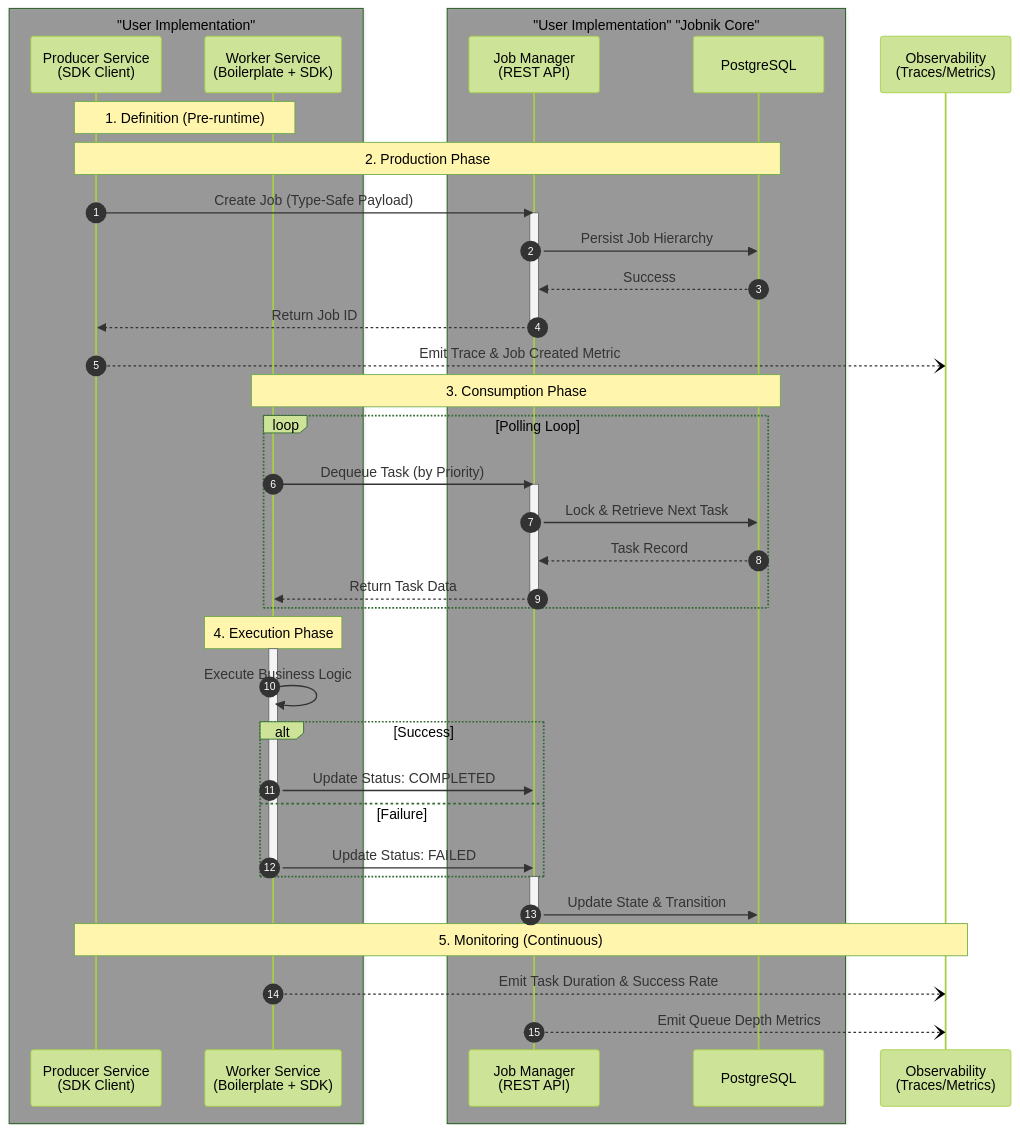
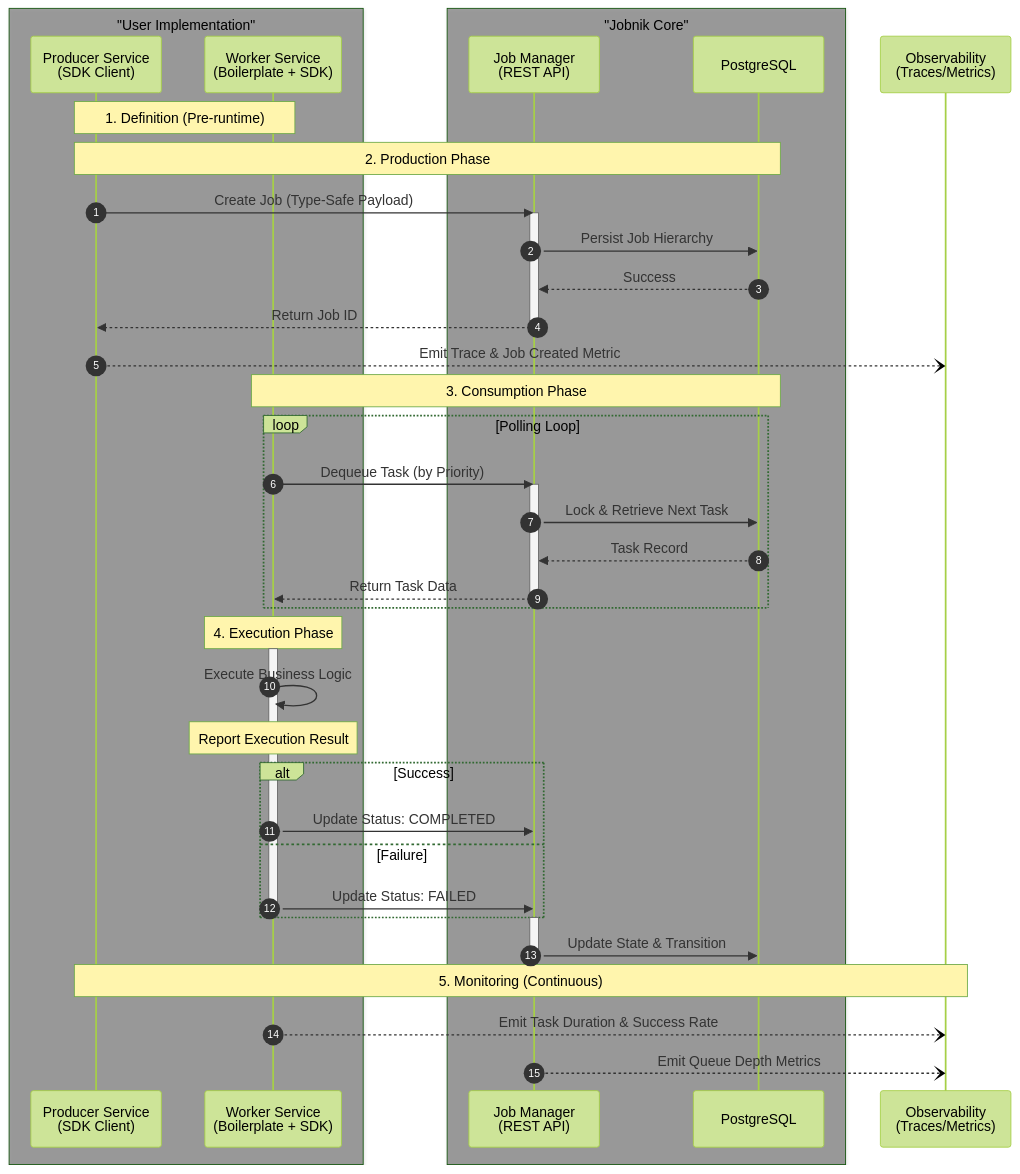
Before and after one commit to MapColonies/infra-portal: the diagram in docs/knowledge-base/jobnik/README.md, drawn with Mermaid (forest theme).

Commit message:
docs: pr comments

````diff
--- a/docs/knowledge-base/jobnik/README.md
+++ b/docs/knowledge-base/jobnik/README.md
@@ -81,58 +81,59 @@
 ```mermaid
 
 sequenceDiagram
 autonumber
 
     box rgba(120, 120, 120, 0.7) "User Implementation"
         participant Producer as Producer Service<br/>(SDK Client)
         participant Worker as Worker Service<br/>(Boilerplate + SDK)
     end
 
-    box rgba(120, 120, 120, 0.7) "User Implementation" "Jobnik Core"
+    box rgba(120, 120, 120, 0.7) "Jobnik Core"
         participant Manager as Job Manager<br/>(REST API)
         participant DB as PostgreSQL
     end
 
     participant Obs as Observability<br/>(Traces/Metrics)
 
     Note over Producer, Worker: 1. Definition (Pre-runtime)
 
     Note over Producer, DB: 2. Production Phase
     Producer->>Manager: Create Job (Type-Safe Payload)
     activate Manager
     Manager->>DB: Persist Job Hierarchy
     DB-->>Manager: Success
     Manager-->>Producer: Return Job ID
     deactivate Manager
     Producer--)Obs: Emit Trace & Job Created Metric
 
     Note over Worker, DB: 3. Consumption Phase
     loop Polling Loop
         Worker->>Manager: Dequeue Task (by Priority)
         activate Manager
         Manager->>DB: Lock & Retrieve Next Task
         DB-->>Manager: Task Record
         Manager-->>Worker: Return Task Data
         deactivate Manager
     end
 
     Note over Worker: 4. Execution Phase
     activate Worker
     Worker->>Worker: Execute Business Logic
 
+    Note over Worker: Report Execution Result
     alt Success
         Worker->>Manager: Update Status: COMPLETED
     else Failure
         Worker->>Manager: Update Status: FAILED
     end
     deactivate Worker
 
     activate Manager
     Manager->>DB: Update State & Transition
     deactivate Manager
 
     Note over Producer, Obs: 5. Monitoring (Continuous)
     Worker--)Obs: Emit Task Duration & Success Rate
     Manager--)Obs: Emit Queue Depth Metrics
 
 ```
````
